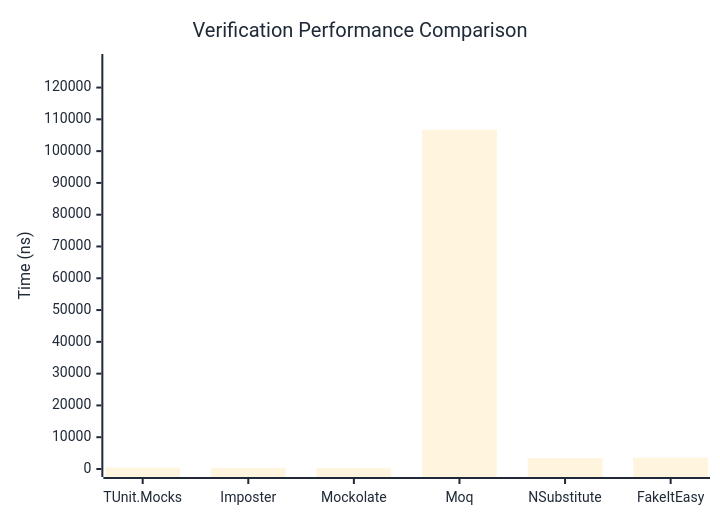
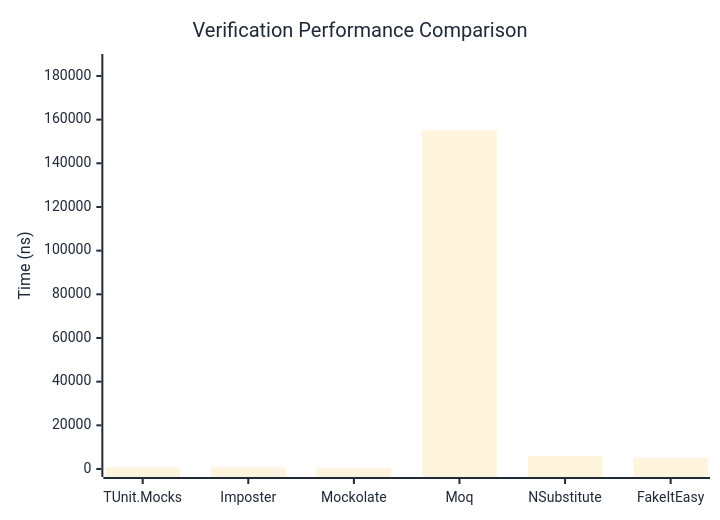
One commit to thomhurst/TUnit changed the first of 3 diagrams in docs/docs/benchmarks/mocks/Verification.md. Above: the diagram before and after it, drawn with Mermaid. The commit also changed other lines of this file and 14 other files, not shown here.

````diff
--- a/docs/docs/benchmarks/mocks/Verification.md
+++ b/docs/docs/benchmarks/mocks/Verification.md
@@ -30,27 +30,27 @@
 ```mermaid
 %%{init: {
   'theme':'base',
   'themeVariables': {
     'primaryColor': '#2563eb',
     'primaryTextColor': '#1f2937',
     'primaryBorderColor': '#1e40af',
     'lineColor': '#6b7280',
     'secondaryColor': '#7c3aed',
     'tertiaryColor': '#dc2626',
     'background': '#ffffff',
     'pie1': '#2563eb',
     'pie2': '#7c3aed',
     'pie3': '#dc2626',
     'pie4': '#f59e0b',
     'pie5': '#10b981',
     'pie6': '#06b6d4',
     'pie7': '#ec4899',
     'pie8': '#6366f1'
   }
 }}%%
 xychart-beta
   title "Verification Performance Comparison"
   x-axis ["TUnit.Mocks", "Imposter", "Mockolate", "Moq", "NSubstitute", "FakeItEasy"]
-  y-axis "Time (ns)" 0 --> 128036
-  bar [427.66, 388.42, 252.62, 106695.92, 3439.95, 3569.49]
+  y-axis "Time (ns)" 0 --> 186396
+  bar [768.3, 736.12, 467.01, 155329.27, 6097.89, 5204.82]
 ```
````
